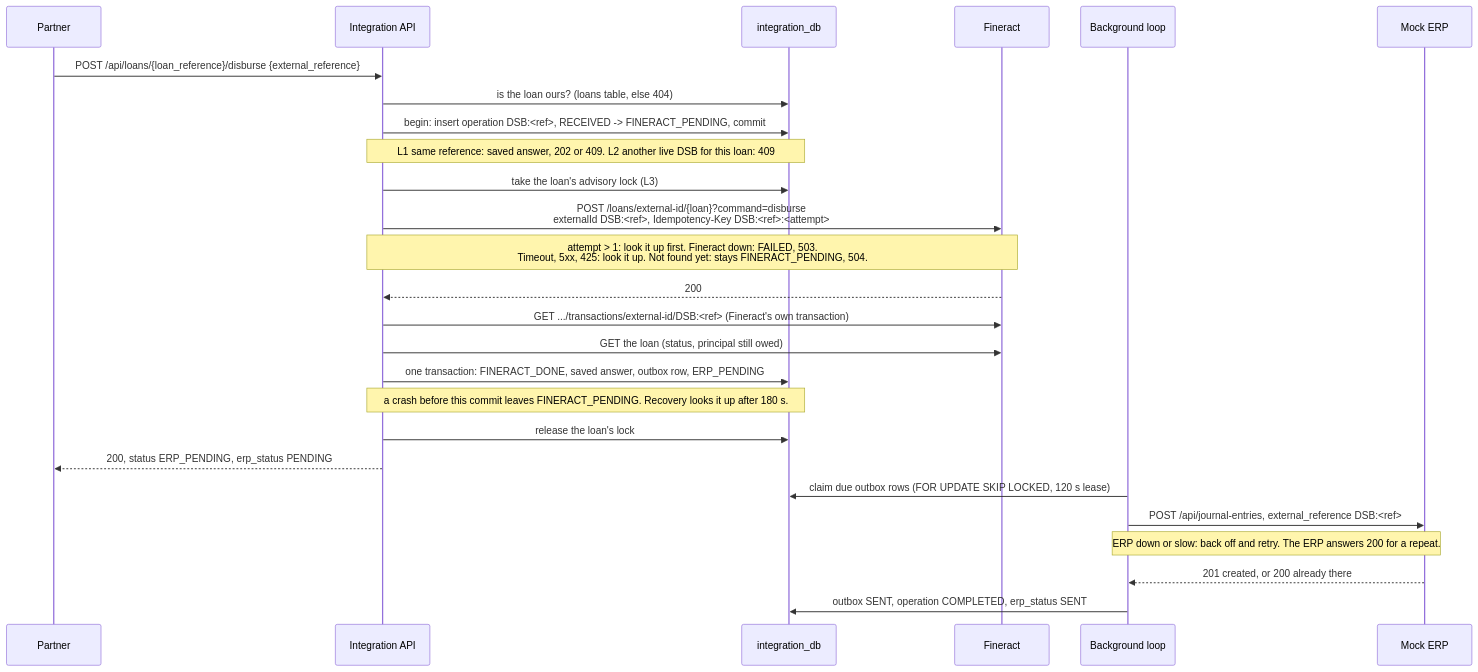
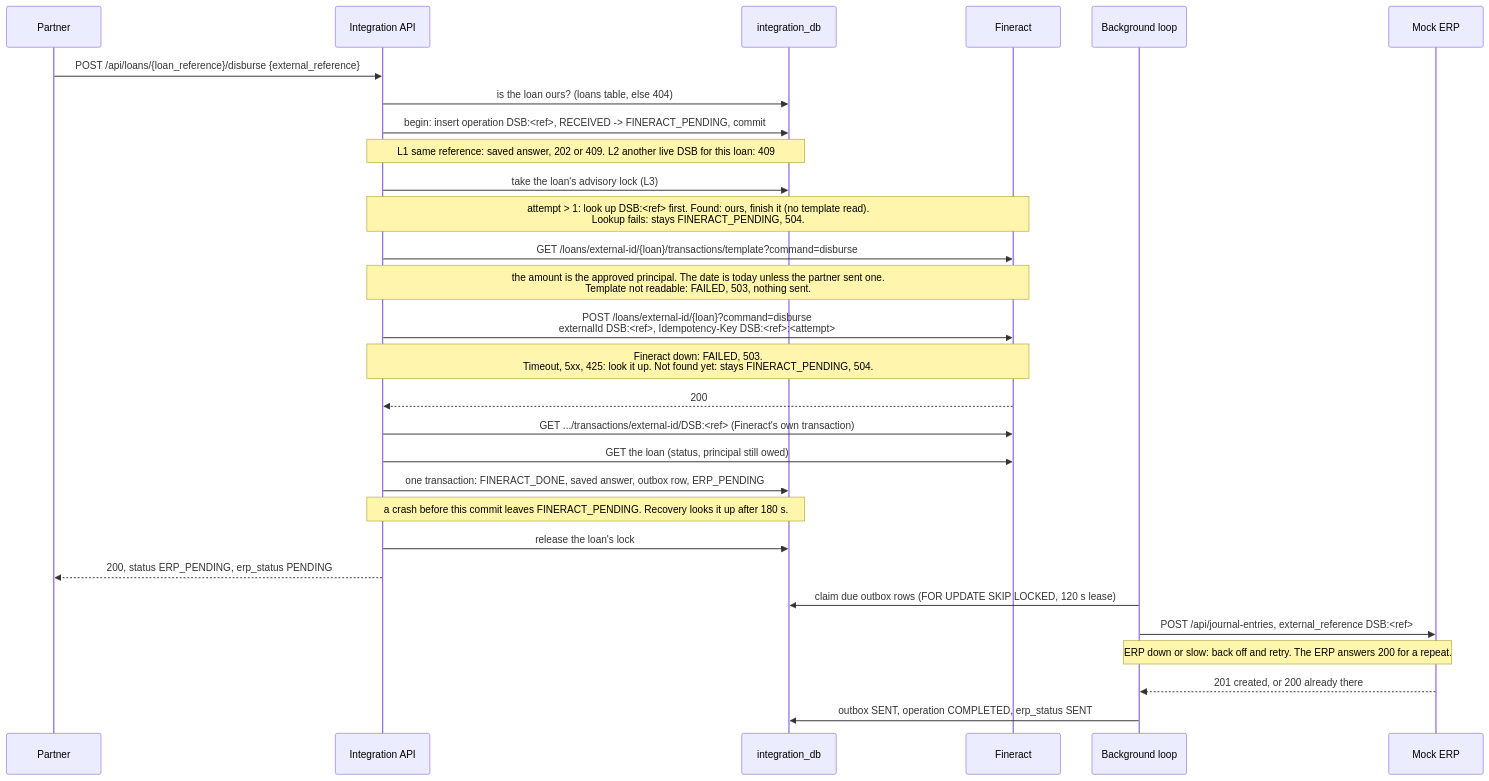
The second of 3 diagrams in ARCHITECTURE.md (wmnjuguna/Inkomoko-Interview), drawn with Mermaid before and after one commit. The commit also changed other lines of this file, not shown here.

Commit message:
docs: update ARCHITECTURE for P2.5

````diff
--- a/ARCHITECTURE.md
+++ b/ARCHITECTURE.md
@@ -178,28 +200,31 @@
 ```mermaid
 sequenceDiagram
   participant P as Partner
   participant API as Integration API
   participant DB as integration_db
   participant F as Fineract
   participant W as Background loop
   participant E as Mock ERP
   P->>API: POST /api/loans/{loan_reference}/disburse {external_reference}
   API->>DB: is the loan ours? (loans table, else 404)
   API->>DB: begin: insert operation DSB:<ref>, RECEIVED -> FINERACT_PENDING, commit
   Note over API,DB: L1 same reference: saved answer, 202 or 409. L2 another live DSB for this loan: 409
   API->>DB: take the loan's advisory lock (L3)
+  Note over API,F: attempt > 1: look up DSB:<ref> first. Found: ours, finish it (no template read).<br/>Lookup fails: stays FINERACT_PENDING, 504.
+  API->>F: GET /loans/external-id/{loan}/transactions/template?command=disburse
+  Note over API,F: the amount is the approved principal. The date is today unless the partner sent one.<br/>Template not readable: FAILED, 503, nothing sent.
   API->>F: POST /loans/external-id/{loan}?command=disburse<br/>externalId DSB:<ref>, Idempotency-Key DSB:<ref>:<attempt>
-  Note over API,F: attempt > 1: look it up first. Fineract down: FAILED, 503.<br/>Timeout, 5xx, 425: look it up. Not found yet: stays FINERACT_PENDING, 504.
+  Note over API,F: Fineract down: FAILED, 503.<br/>Timeout, 5xx, 425: look it up. Not found yet: stays FINERACT_PENDING, 504.
   F-->>API: 200
   API->>F: GET .../transactions/external-id/DSB:<ref> (Fineract's own transaction)
   API->>F: GET the loan (status, principal still owed)
   API->>DB: one transaction: FINERACT_DONE, saved answer, outbox row, ERP_PENDING
   Note over API,DB: a crash before this commit leaves FINERACT_PENDING. Recovery looks it up after 180 s.
   API->>DB: release the loan's lock
   API-->>P: 200, status ERP_PENDING, erp_status PENDING
   W->>DB: claim due outbox rows (FOR UPDATE SKIP LOCKED, 120 s lease)
   W->>E: POST /api/journal-entries, external_reference DSB:<ref>
   Note over W,E: ERP down or slow: back off and retry. The ERP answers 200 for a repeat.
   E-->>W: 201 created, or 200 already there
   W->>DB: outbox SENT, operation COMPLETED, erp_status SENT
 ```
````
